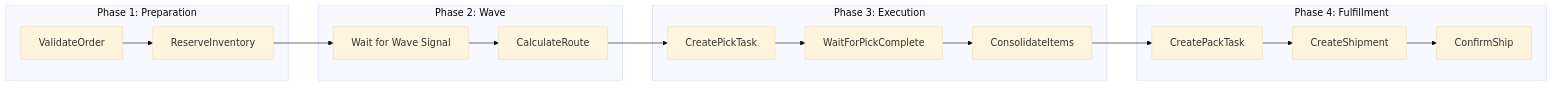
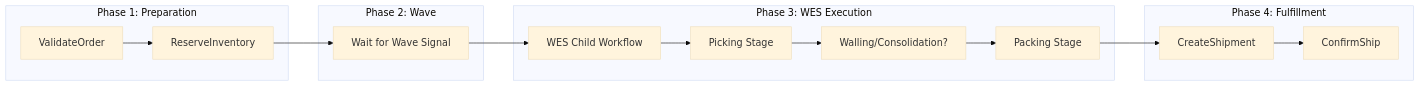
Before and after one commit to temporal-wms/wms-platform: the fifth of 7 diagrams in ecosystem-documentation/docs/architecture/sequence-diagrams/order-fulfillment.md, drawn with Mermaid (base theme). The commit also changed other lines of this file and 23 other files, not shown here.

First line of the commit message:
fix: add walling-service and wes-service to deployment pipeline

````diff
--- a/ecosystem-documentation/docs/architecture/sequence-diagrams/order-fulfillment.md
+++ b/ecosystem-documentation/docs/architecture/sequence-diagrams/order-fulfillment.md
@@ -118,23 +161,22 @@
 ```mermaid
 graph LR
     subgraph "Phase 1: Preparation"
         A1[ValidateOrder] --> A2[ReserveInventory]
     end
 
     subgraph "Phase 2: Wave"
         A2 --> A3[Wait for Wave Signal]
-        A3 --> A4[CalculateRoute]
     end
 
-    subgraph "Phase 3: Execution"
-        A4 --> A5[CreatePickTask]
-        A5 --> A6[WaitForPickComplete]
-        A6 --> A7[ConsolidateItems]
+    subgraph "Phase 3: WES Execution"
+        A3 --> A4[WES Child Workflow]
+        A4 --> A5[Picking Stage]
+        A5 --> A6[Walling/Consolidation?]
+        A6 --> A7[Packing Stage]
     end
 
     subgraph "Phase 4: Fulfillment"
-        A7 --> A8[CreatePackTask]
-        A8 --> A9[CreateShipment]
-        A9 --> A10[ConfirmShip]
+        A7 --> A8[CreateShipment]
+        A8 --> A9[ConfirmShip]
     end
 ```
````
